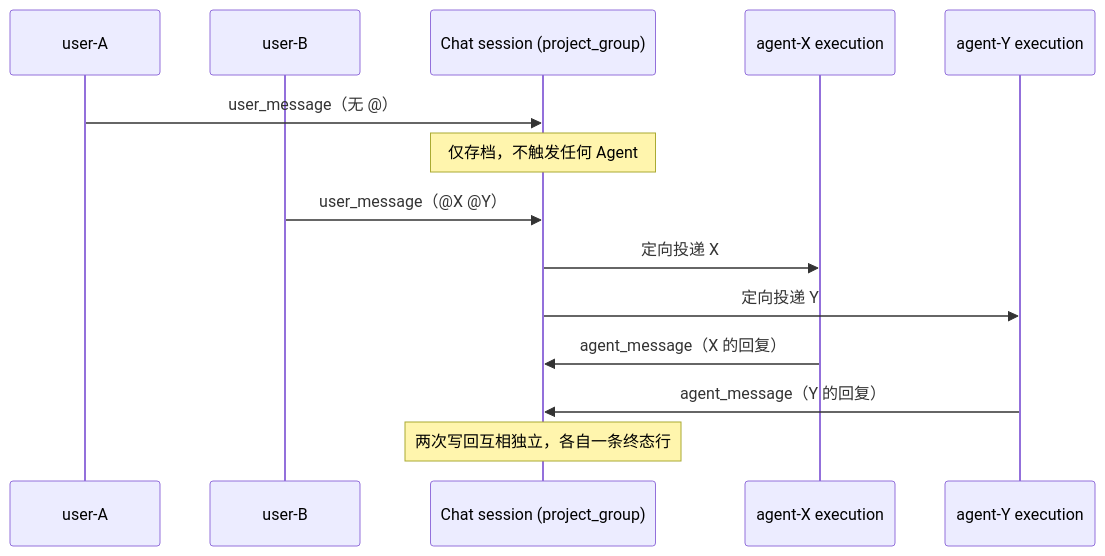
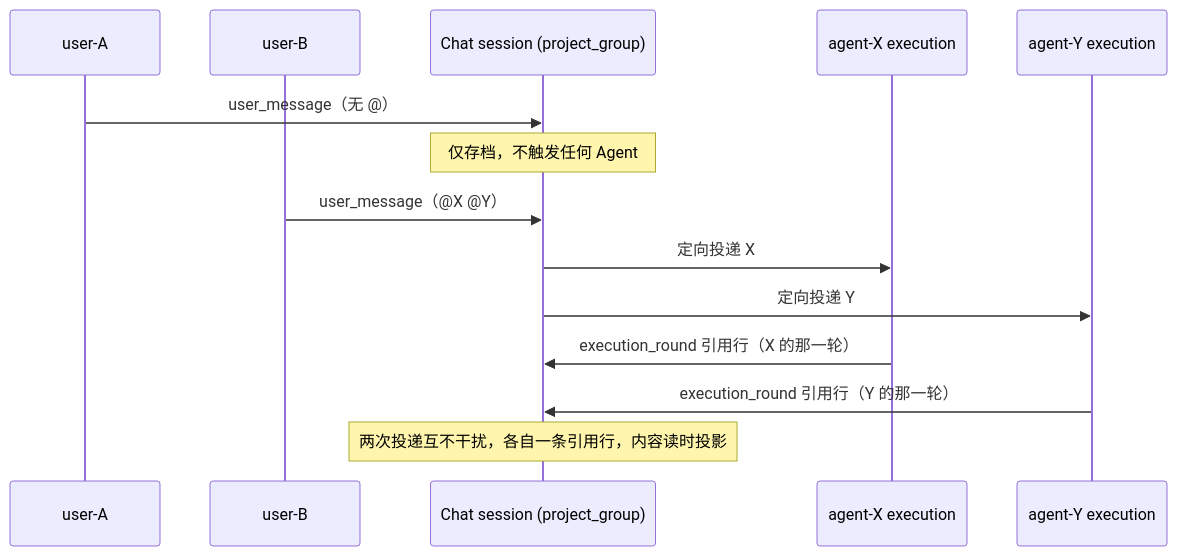
One commit to acowork/acowork changed the seventh of 10 diagrams in docs/design/zh/27-intent-messaging-and-group-chat.md. Above: the diagram before and after it, drawn with Mermaid. The commit also changed other lines of this file and 3 other files, not shown here.

````diff
--- a/docs/design/zh/27-intent-messaging-and-group-chat.md
+++ b/docs/design/zh/27-intent-messaging-and-group-chat.md
@@ -569,16 +571,16 @@
 ```mermaid
 sequenceDiagram
     participant UA as user-A
     participant UB as user-B
     participant CS as Chat session (project_group)
     participant EX as agent-X execution
     participant EY as agent-Y execution
     UA->>CS: user_message（无 @）
     Note over CS: 仅存档，不触发任何 Agent
     UB->>CS: user_message（@X @Y）
     CS->>EX: 定向投递 X
     CS->>EY: 定向投递 Y
-    EX->>CS: agent_message（X 的回复）
-    EY->>CS: agent_message（Y 的回复）
-    Note over CS: 两次写回互相独立，各自一条终态行
+    EX->>CS: execution_round 引用行（X 的那一轮）
+    EY->>CS: execution_round 引用行（Y 的那一轮）
+    Note over CS: 两次投递互不干扰，各自一条引用行，内容读时投影
 ```
````
